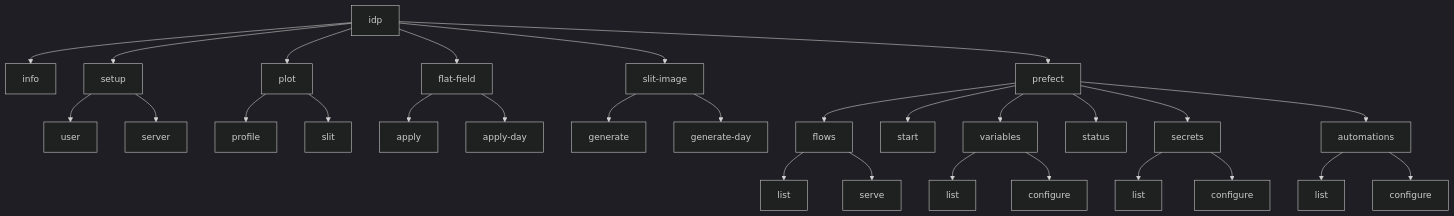
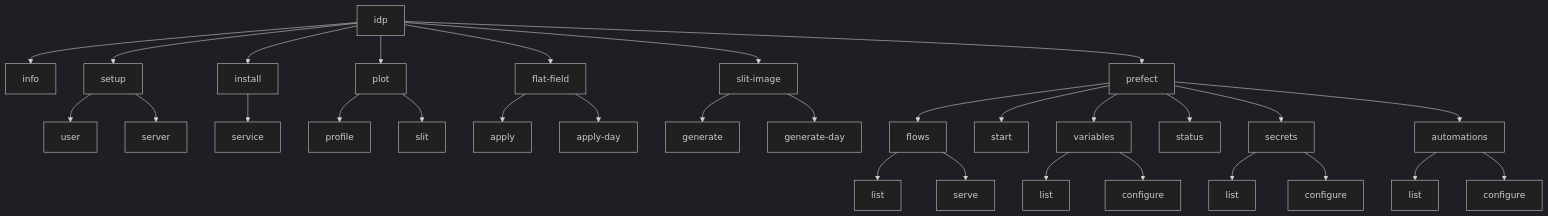
One commit to irsol-locarno/irsol-data-pipeline changed the first of 2 diagrams in docs/cli/cli_usage.md. Above: the diagram before and after it, drawn with Mermaid (dark theme). The commit also changed other lines of this file and 1 other file, not shown here.

First line of the commit message:
docs: document idp install service command in CLI and maintainer guides

````diff
--- a/docs/cli/cli_usage.md
+++ b/docs/cli/cli_usage.md
@@ -11,72 +11,77 @@
 ```mermaid
 flowchart TD
     IDP["idp"]
     INFO["info"]
     SETUP["setup"]
     SETUP_USER["user"]
     SETUP_SERVER["server"]
+    INSTALL["install"]
+    INSTALL_SERVICE["service"]
     PLOT["plot"]
     PREFECT["prefect"]
     FF["flat-field"]
     SI["slit-image"]
 
     PROFILE["profile"]
     SLIT["slit"]
 
     FF_APPLY["apply"]
     FF_APPLY_DAY["apply-day"]
     SI_GENERATE["generate"]
     SI_GENERATE_DAY["generate-day"]
 
     AUTOMATIONS["automations"]
     LIST_A["list"]
     CONFIGURE_A["configure"]
 
     START["start"]
     FLOWS["flows"]
     STATUS["status"]
     VARS["variables"]
     SECRETS["secrets"]
 
     LIST_F["list"]
     SERVE["serve"]
     LIST_V["list"]
     CONFIGURE_V["configure"]
     LIST_S["list"]
     CONFIGURE_S["configure"]
 
     IDP --> INFO
     IDP --> SETUP
+    IDP --> INSTALL
     IDP --> PLOT
     IDP --> FF
     IDP --> SI
     IDP --> PREFECT
 
     SETUP --> SETUP_USER
     SETUP --> SETUP_SERVER
+
+    INSTALL --> INSTALL_SERVICE
 
     PLOT --> PROFILE
     PLOT --> SLIT
 
     FF --> FF_APPLY
     FF --> FF_APPLY_DAY
 
     SI --> SI_GENERATE
     SI --> SI_GENERATE_DAY
 
     PREFECT --> START
     PREFECT --> STATUS
     PREFECT --> FLOWS
     PREFECT --> VARS
     PREFECT --> SECRETS
     PREFECT --> AUTOMATIONS
 
     AUTOMATIONS --> LIST_A
     AUTOMATIONS --> CONFIGURE_A
     FLOWS --> LIST_F
     FLOWS --> SERVE
     VARS --> LIST_V
     VARS --> CONFIGURE_V
     SECRETS --> LIST_S
     SECRETS --> CONFIGURE_S
 ```
````
